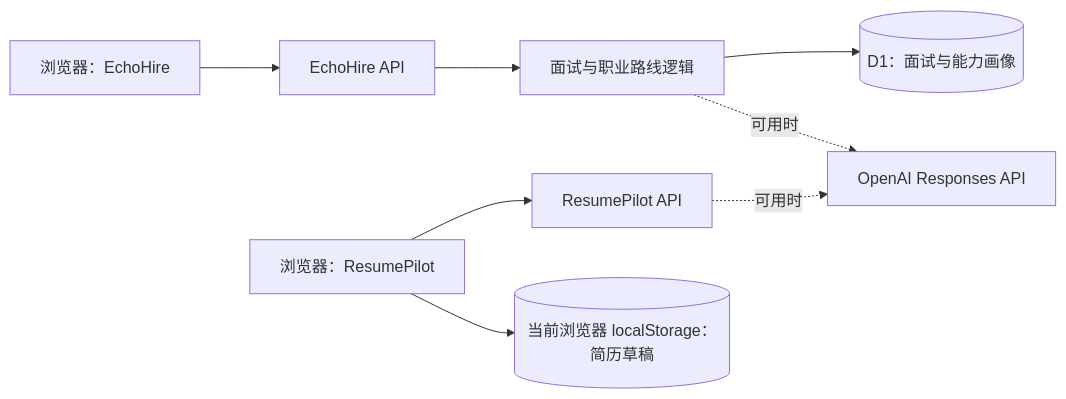
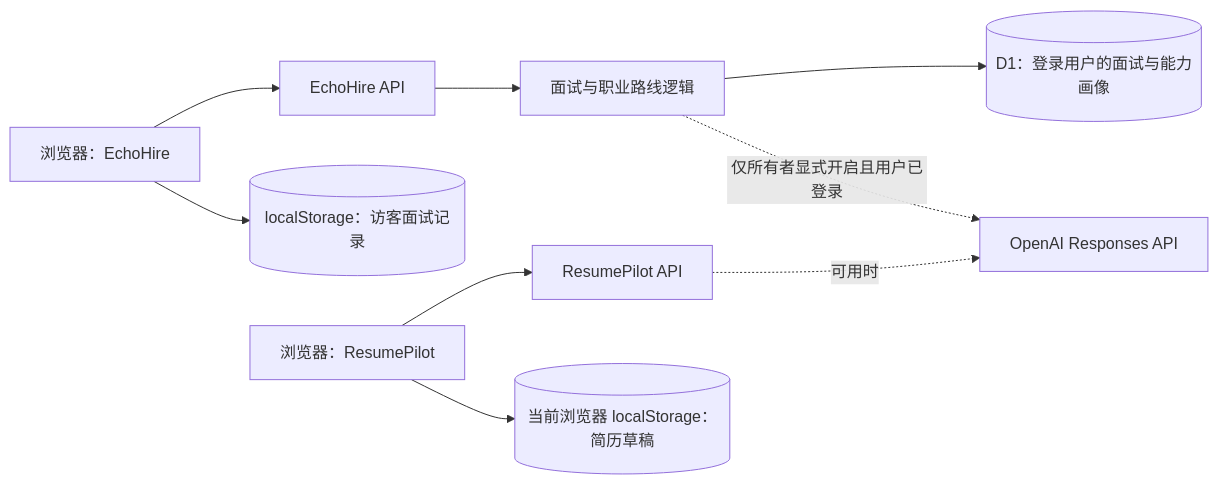
The diagram in README.md (GUOGE667/echohire-ai-interview), drawn with Mermaid before and after one commit. The commit also changed other lines of this file and 10 other files, not shown here.

````diff
--- a/README.md
+++ b/README.md
@@ -21,10 +22,11 @@
 ```mermaid
 flowchart LR
   A[浏览器：EchoHire] --> B[EchoHire API]
   B --> C[面试与职业路线逻辑]
-  C --> D[(D1：面试与能力画像)]
-  C -. 可用时 .-> F[OpenAI Responses API]
+  C --> D[(D1：登录用户的面试与能力画像)]
+  A --> L[(localStorage：访客面试记录)]
+  C -. 仅所有者显式开启且用户已登录 .-> F[OpenAI Responses API]
   G[浏览器：ResumePilot] --> H[ResumePilot API]
   H -. 可用时 .-> F
   G --> I[(当前浏览器 localStorage：简历草稿)]
 ```
````
